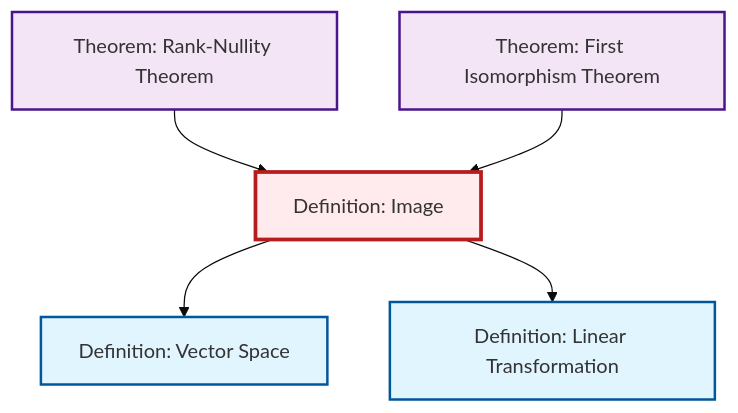
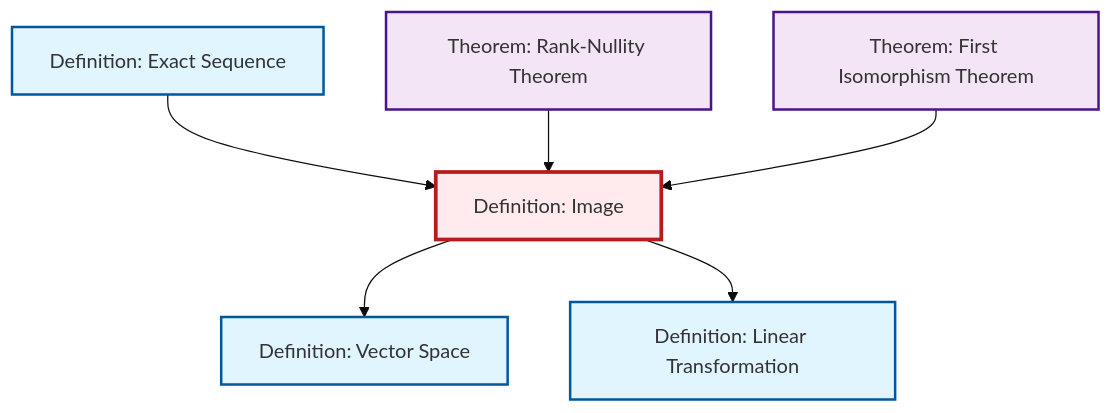
The diagram in content/ja/algebra/def-image.qmd (RK0429/ModernMath), drawn with Mermaid (base theme) before and after one commit. The commit also changed 654 other files, not shown here.

````diff
--- a/content/ja/algebra/def-image.qmd
+++ b/content/ja/algebra/def-image.qmd
@@ -55,23 +55,26 @@
 ```{mermaid}
 %%| fig-cap: "Local dependency graph"
 graph TD
     classDef definition fill:#e1f5fe,stroke:#01579b,stroke-width:2px
     classDef theorem fill:#f3e5f5,stroke:#4a148c,stroke-width:2px
     classDef axiom fill:#fff3e0,stroke:#e65100,stroke-width:2px
     classDef example fill:#e8f5e9,stroke:#1b5e20,stroke-width:2px
     classDef current fill:#ffebee,stroke:#b71c1c,stroke-width:3px
     thm-rank-nullity["Theorem: Rank-Nullity Theorem"]:::theorem
     def-image["Definition: Image"]:::definition
+    thm-first-isomorphism["Theorem: First Isomorphism Theorem"]:::theorem
+    def-exact-sequence["Definition: Exact Sequence"]:::definition
     def-linear-transformation["Definition: Linear Transformation"]:::definition
     def-vector-space["Definition: Vector Space"]:::definition
-    thm-first-isomorphism["Theorem: First Isomorphism Theorem"]:::theorem
+    def-exact-sequence --> def-image
     def-image --> def-vector-space
     thm-rank-nullity --> def-image
+    thm-first-isomorphism --> def-image
     def-image --> def-linear-transformation
-    thm-first-isomorphism --> def-image
     class def-image current
     click thm-rank-nullity "thm-rank-nullity.html" "Theorem: Rank-Nullity Theoremへ"
+    click thm-first-isomorphism "thm-first-isomorphism.html" "Theorem: First Isomorphism Theoremへ"
+    click def-exact-sequence "def-exact-sequence.html" "Definition: Exact Sequenceへ"
     click def-linear-transformation "def-linear-transformation.html" "Definition: Linear Transformationへ"
     click def-vector-space "def-vector-space.html" "Definition: Vector Spaceへ"
-    click thm-first-isomorphism "thm-first-isomorphism.html" "Theorem: First Isomorphism Theoremへ"
 ```
````
